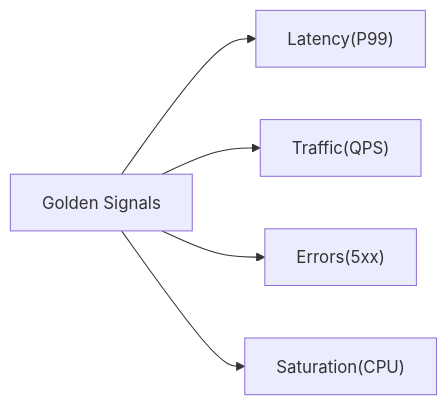
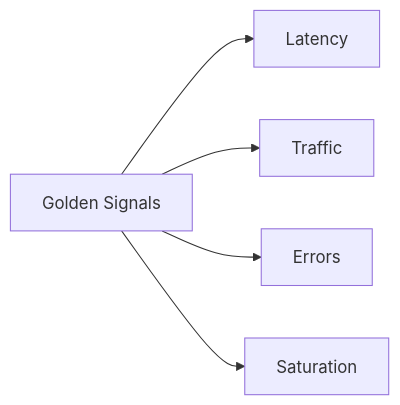
One commit to yjkim2015/yjkim2015.github.io changed the first of 8 diagrams in _posts/monitoring/2026-05-03-sre-golden-signals.md. Above: the diagram before and after it, drawn with Mermaid. The commit also changed other lines of this file and 245 other files, not shown here.

First line of the commit message:
Mermaid 다이어그램 전면 수정 + 면접 포인트 접기/펼치기 + DB 데드락 페이지

````diff
--- a/_posts/monitoring/2026-05-03-sre-golden-signals.md
+++ b/_posts/monitoring/2026-05-03-sre-golden-signals.md
@@ -32,7 +32,7 @@
 ```mermaid
 graph LR
-    GS["Golden Signals"] --> LAT["Latency(P99)"]
-    GS --> TRA["Traffic(QPS)"]
-    GS --> ERR["Errors(5xx)"]
-    GS --> SAT["Saturation(CPU)"]
+    GS["Golden Signals"] --> LAT["Latency"]
+    GS --> TRA["Traffic"]
+    GS --> ERR["Errors"]
+    GS --> SAT["Saturation"]
 ```
````
